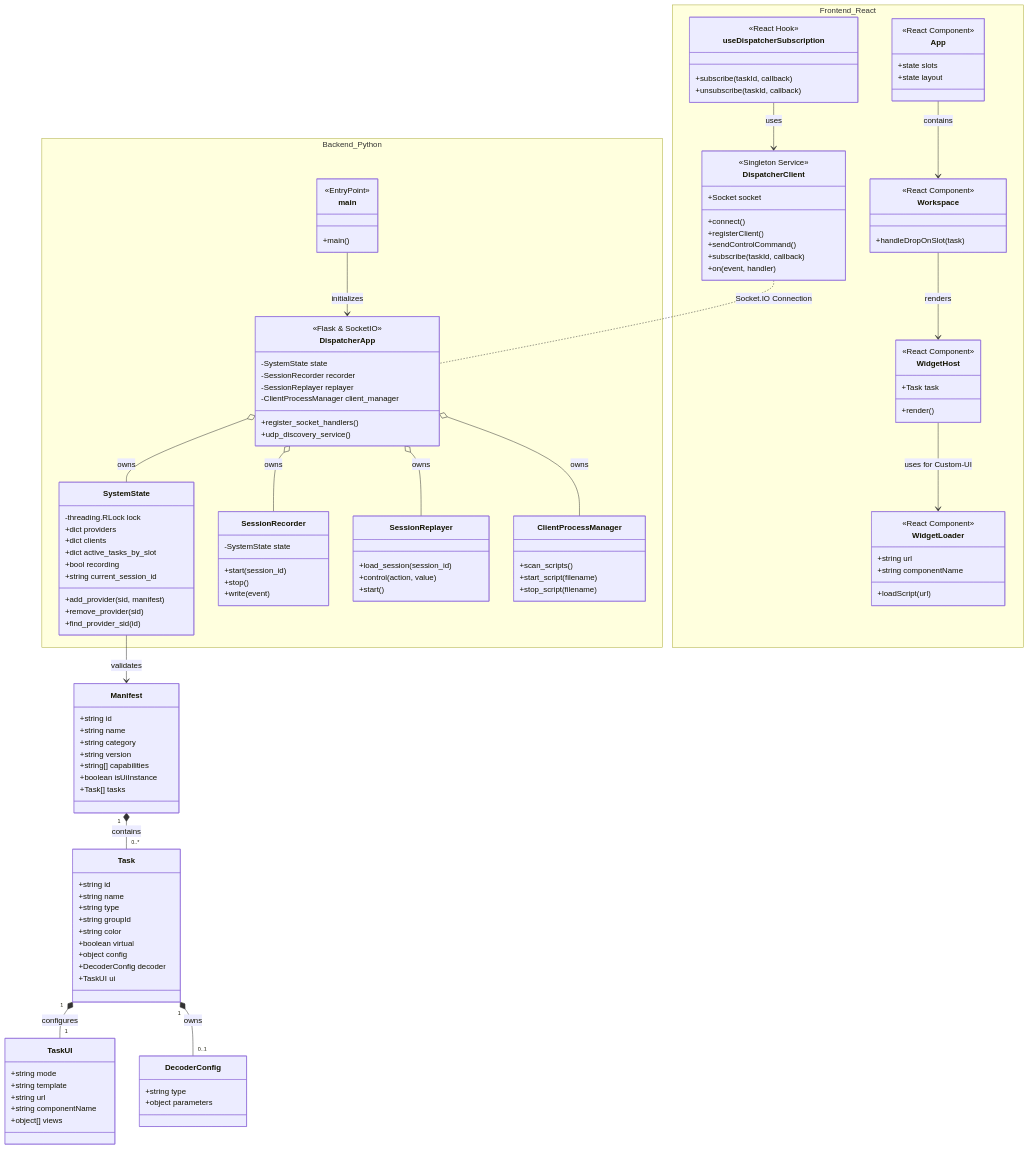
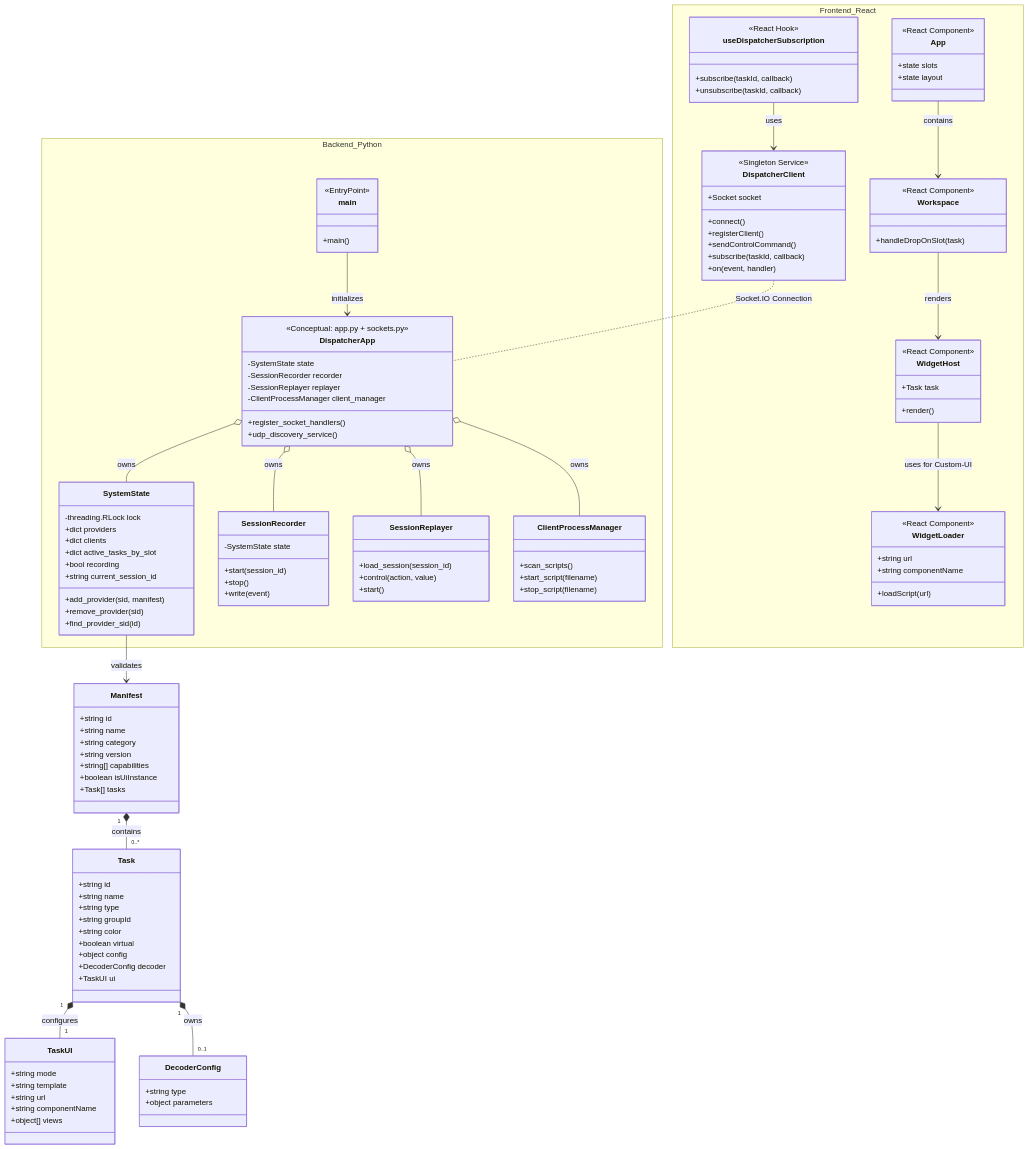
The diagram in doc/classes.md (lapadu/elab-core), drawn with Mermaid before and after one commit. The commit also changed other lines of this file and 86 other files, not shown here.

```diff
--- a/doc/classes.md
+++ b/doc/classes.md
@@ -68,7 +68,7 @@
         }
         
         class DispatcherApp {
-            <<Flask & SocketIO>>
+            <<Conceptual: app.py + sockets.py>>
             -SystemState state
             -SessionRecorder recorder
             -SessionReplayer replayer
```
